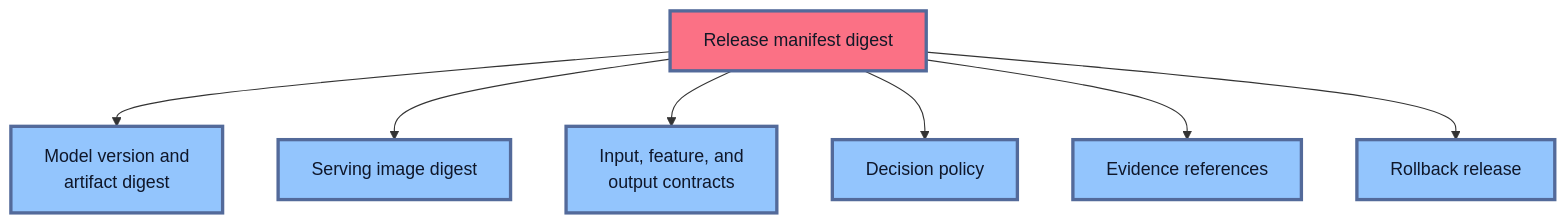
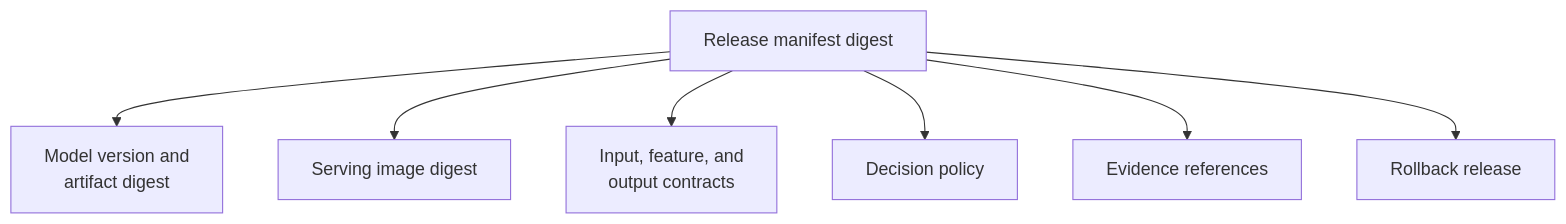
One commit to senlinyy/dev-roadmaps changed the second of 7 diagrams in roadmaps/mlops/modules/deployment-and-release-management/model-release-basics/03-artifact-promotion.md. Above: the diagram before and after it, drawn with Mermaid. The commit also changed other lines of this file and 152 other files, not shown here.

Commit message:
feat: mlops and diagrams updated

````diff
--- a/roadmaps/mlops/modules/deployment-and-release-management/model-release-basics/03-artifact-promotion.md
+++ b/roadmaps/mlops/modules/deployment-and-release-management/model-release-basics/03-artifact-promotion.md
@@ -94,14 +90,12 @@
 ```mermaid
 flowchart TD
     R["Release manifest digest"] --> M["Model version and<br/>artifact digest"]
     R --> I["Serving image digest"]
     R --> C["Input, feature, and<br/>output contracts"]
     R --> P["Decision policy"]
     R --> E["Evidence references"]
     R --> B["Rollback release"]
 
-    classDef release fill:#FB7185,stroke:#536A9A,stroke-width:3px,color:#111827
-    classDef part fill:#93C5FD,stroke:#536A9A,stroke-width:3px,color:#0F172A
     class R release
     class M,I,C,P,E,B part
 ```
````
